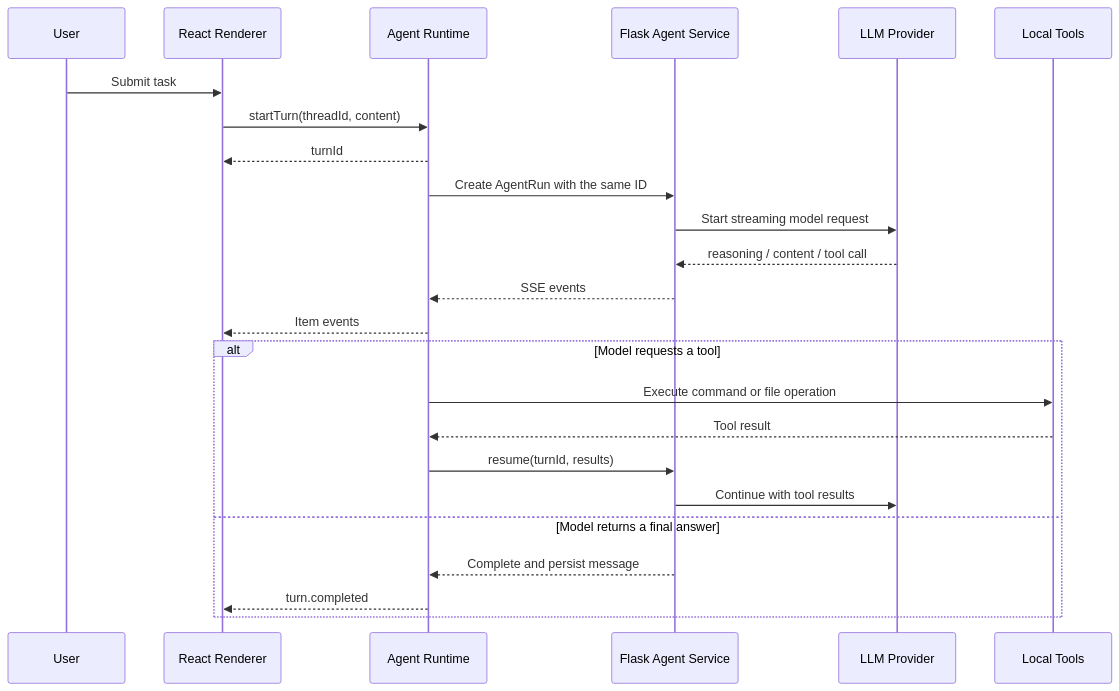
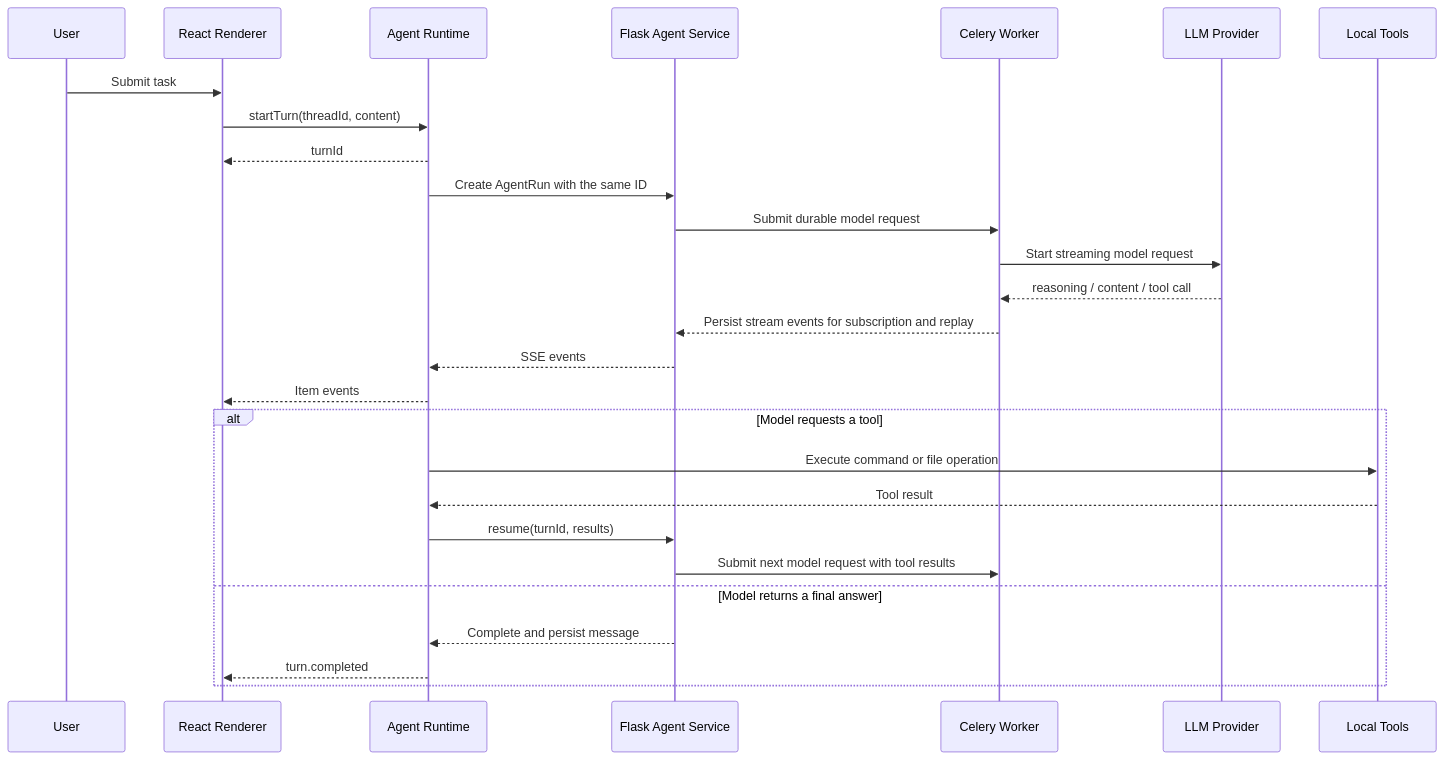
Before and after one commit to Covfefeable/ohmycode: the third of 3 diagrams in README.en.md, drawn with Mermaid. The commit also changed other lines of this file and 36 other files, not shown here.

````diff
--- a/README.en.md
+++ b/README.en.md
@@ -165,27 +166,30 @@
 ```mermaid
 sequenceDiagram
     participant U as User
     participant UI as React Renderer
     participant R as Agent Runtime
     participant A as Flask Agent Service
+    participant W as Celery Worker
     participant L as LLM Provider
     participant T as Local Tools
 
     U->>UI: Submit task
     UI->>R: startTurn(threadId, content)
     R-->>UI: turnId
     R->>A: Create AgentRun with the same ID
-    A->>L: Start streaming model request
-    L-->>A: reasoning / content / tool call
+    A->>W: Submit durable model request
+    W->>L: Start streaming model request
+    L-->>W: reasoning / content / tool call
+    W-->>A: Persist stream events for subscription and replay
     A-->>R: SSE events
     R-->>UI: Item events
     alt Model requests a tool
         R->>T: Execute command or file operation
         T-->>R: Tool result
         R->>A: resume(turnId, results)
-        A->>L: Continue with tool results
+        A->>W: Submit next model request with tool results
     else Model returns a final answer
         A-->>R: Complete and persist message
         R-->>UI: turn.completed
     end
 ```
````
